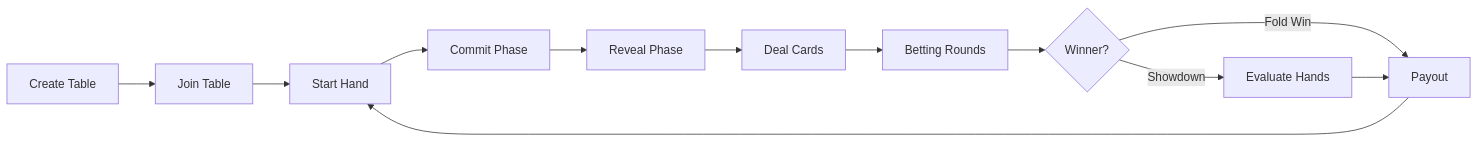
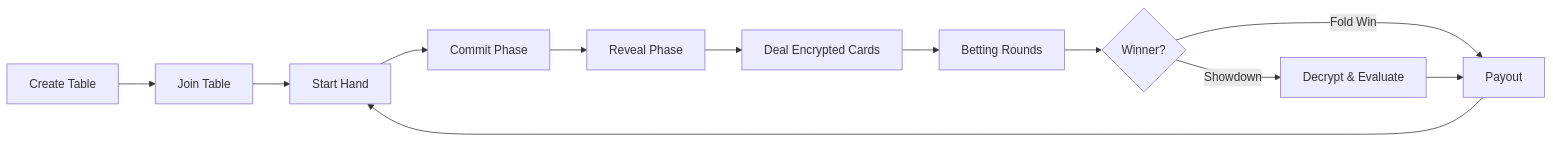
One commit to Inferenco/5-seat-texas-hold-em changed the diagram in README.md. Above: the diagram before and after it, drawn with Mermaid. The commit also changed other lines of this file and 3 other files, not shown here.

````diff
--- a/README.md
+++ b/README.md
@@ -7,14 +7,14 @@
 ```mermaid
 flowchart LR
     A[Create Table] --> B[Join Table]
     B --> C[Start Hand]
     C --> D[Commit Phase]
     D --> E[Reveal Phase]
-    E --> F[Deal Cards]
+    E --> F[Deal Encrypted Cards]
     F --> G[Betting Rounds]
     G --> H{Winner?}
     H -->|Fold Win| I[Payout]
-    H -->|Showdown| J[Evaluate Hands]
+    H -->|Showdown| J[Decrypt & Evaluate]
     J --> I
     I --> C
 ```
````
